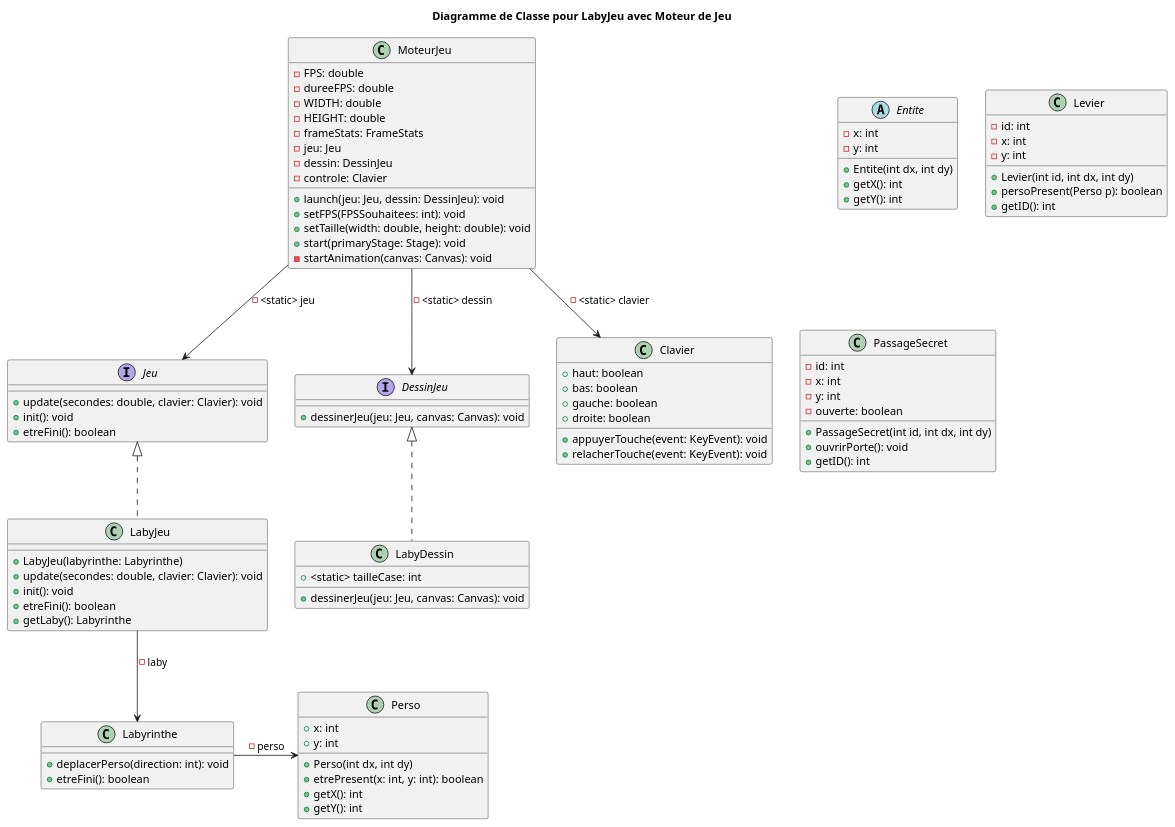
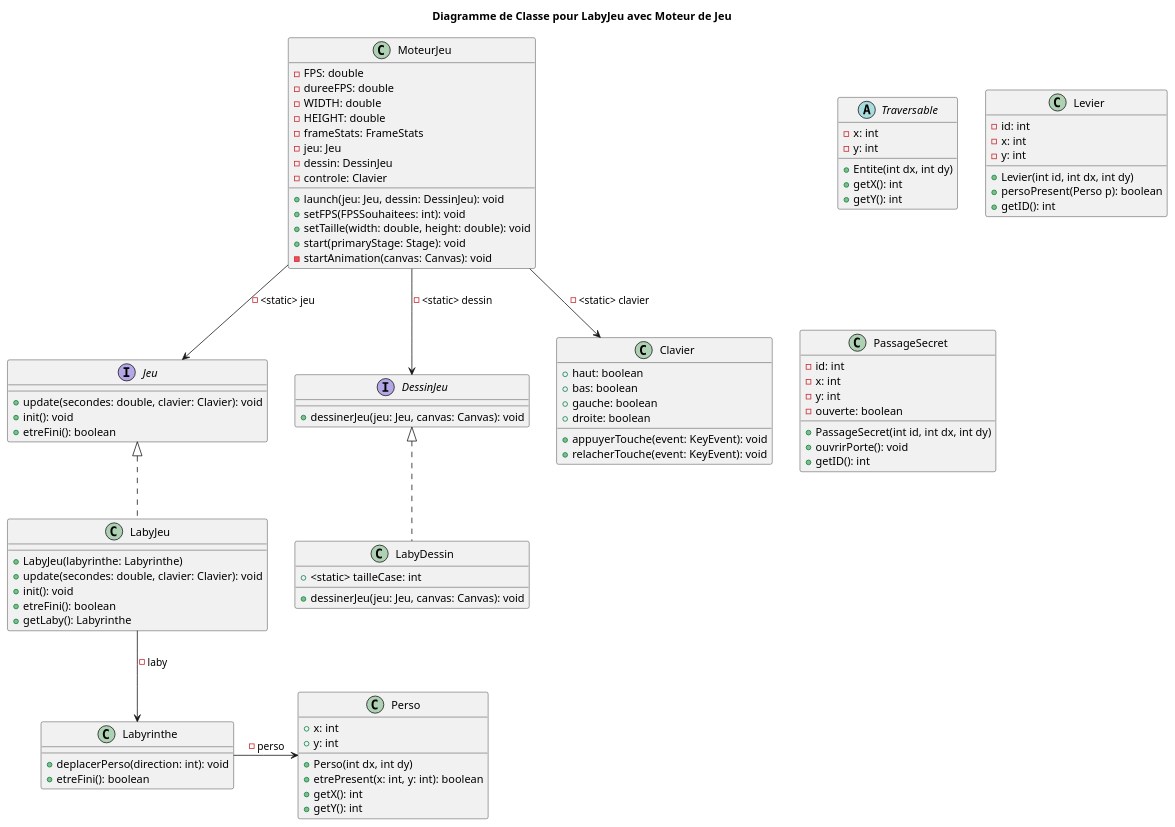
One commit to adrienMGN/2024_Zeldiablo_mangin225u_dewasch2u_favier36u_fontaine_noel332u changed the diagram in zeldiablo/src/gameLaby/Fonctionnement_Diag.puml. Above: the diagram before and after it, drawn with PlantUML. The commit also changed 8 other files, not shown here.

```diff
--- a/zeldiablo/src/gameLaby/Fonctionnement_Diag.puml
+++ b/zeldiablo/src/gameLaby/Fonctionnement_Diag.puml
@@ -1,101 +1,101 @@
 @startuml
 title Diagramme de Classe pour LabyJeu avec Moteur de Jeu
 
 interface Jeu {
     +update(secondes: double, clavier: Clavier): void
     +init(): void
     +etreFini(): boolean
 }
 
 interface DessinJeu {
     +dessinerJeu(jeu: Jeu, canvas: Canvas): void
 }
 
 class LabyJeu {
     +LabyJeu(labyrinthe: Labyrinthe)
     +update(secondes: double, clavier: Clavier): void
     +init(): void
     +etreFini(): boolean
     +getLaby(): Labyrinthe
 }
 
 class LabyDessin {
     +<static> tailleCase: int
     +dessinerJeu(jeu: Jeu, canvas: Canvas): void
 }
 
 class Labyrinthe {
     +deplacerPerso(direction: int): void
     +etreFini(): boolean
 }
 
 class Clavier {
     +haut: boolean
     +bas: boolean
     +gauche: boolean
     +droite: boolean
     +appuyerTouche(event: KeyEvent): void
     +relacherTouche(event: KeyEvent): void
 }
 
 class MoteurJeu {
     -FPS: double
     -dureeFPS: double
     -WIDTH: double
     -HEIGHT: double
     -frameStats: FrameStats
     -jeu: Jeu
     -dessin: DessinJeu
     -controle: Clavier
     +launch(jeu: Jeu, dessin: DessinJeu): void
     +setFPS(FPSSouhaitees: int): void
     +setTaille(width: double, height: double): void
     +start(primaryStage: Stage): void
     -startAnimation(canvas: Canvas): void
 }
 
 class Perso {
     +x: int
     +y: int
     +Perso(int dx, int dy)
     +etrePresent(x: int, y: int): boolean
     +getX(): int
     +getY(): int
 }
 
-abstract class Entite {
+abstract class Traversable {
     -x: int
     -y: int
     +Entite(int dx, int dy)
     +getX(): int
     +getY(): int
 }
 
 class Levier {
     -id: int
     -x: int
     -y: int
     +Levier(int id, int dx, int dy)
     +persoPresent(Perso p): boolean
     +getID(): int
 }
 
 class PassageSecret{
     -id: int
     -x: int
     -y: int
     -ouverte: boolean
     +PassageSecret(int id, int dx, int dy)
     +ouvrirPorte(): void
     +getID(): int
 }
 
 Jeu <|.. LabyJeu
 LabyJeu --> Labyrinthe : -laby
 MoteurJeu --> Jeu : -<static> jeu
 MoteurJeu --> DessinJeu : -<static> dessin
 MoteurJeu --> Clavier : -<static> clavier
 DessinJeu <|.. LabyDessin
 Labyrinthe -> Perso : -perso
 
 @enduml
```
